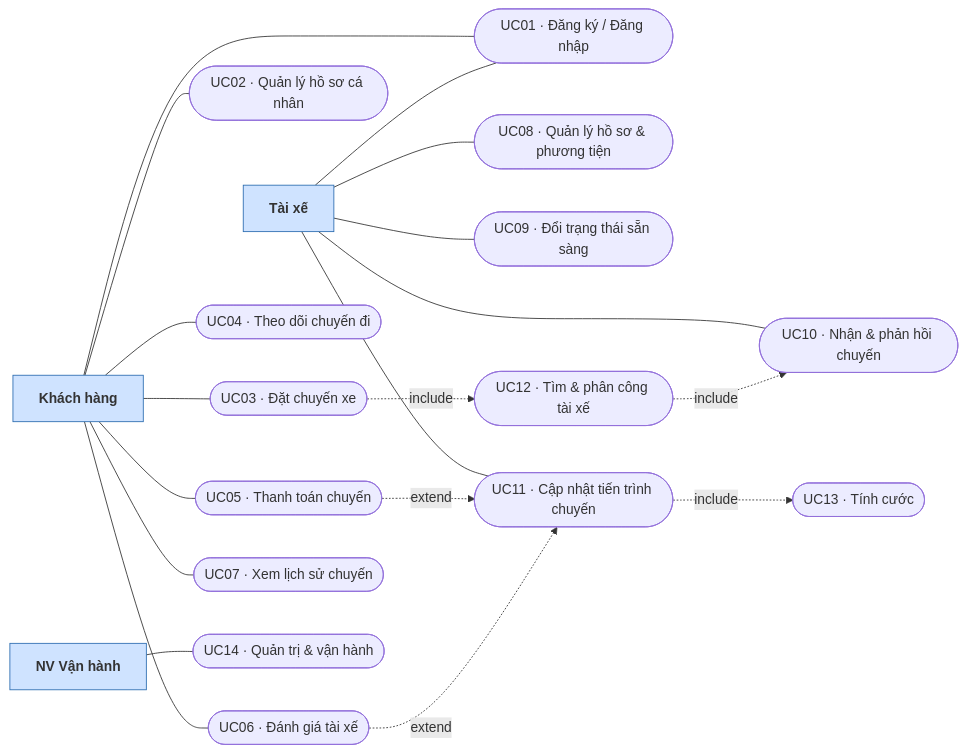
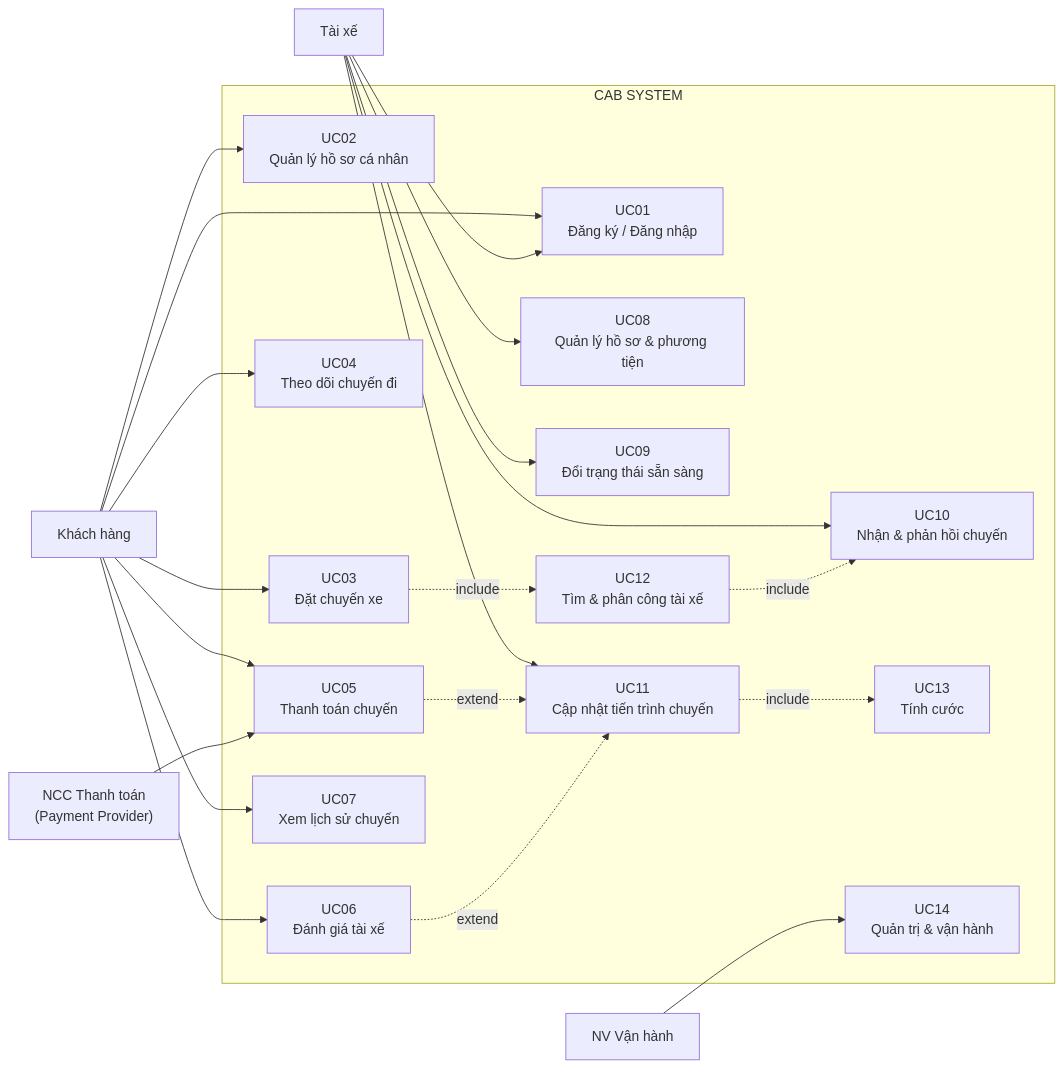
Before and after one commit to Ngoc-Giang/23639971_LamNgocGiang_CABSYSTEM: the third of 3 diagrams in srs.md, drawn with Mermaid. The commit also changed other lines of this file, not shown here.

Commit message:
Revise scope strategy and update use case diagram
Updated sections on scope strategy and unresolved items for customer confirmation. Modified use case diagram format and added new details.

````diff
--- a/srs.md
+++ b/srs.md
@@ -486,45 +499,47 @@
 ```mermaid
-graph LR
-    KH["Khách hàng"]:::actor
-    TX["Tài xế"]:::actor
-    NV["NV Vận hành"]:::actor
+flowchart LR
+    KH["Khách hàng"]
+    TX["Tài xế"]
+    NV["NV Vận hành"]
+    PP["NCC Thanh toán<br/>(Payment Provider)"]
 
-    UC01(["UC01 · Đăng ký / Đăng nhập"])
-    UC02(["UC02 · Quản lý hồ sơ cá nhân"])
-    UC03(["UC03 · Đặt chuyến xe"])
-    UC04(["UC04 · Theo dõi chuyến đi"])
-    UC05(["UC05 · Thanh toán chuyến"])
-    UC06(["UC06 · Đánh giá tài xế"])
-    UC07(["UC07 · Xem lịch sử chuyến"])
-    UC08(["UC08 · Quản lý hồ sơ & phương tiện"])
-    UC09(["UC09 · Đổi trạng thái sẵn sàng"])
-    UC10(["UC10 · Nhận & phản hồi chuyến"])
-    UC11(["UC11 · Cập nhật tiến trình chuyến"])
-    UC12(["UC12 · Tìm & phân công tài xế"])
-    UC13(["UC13 · Tính cước"])
-    UC14(["UC14 · Quản trị & vận hành"])
+    subgraph CAB["CAB SYSTEM"]
+        UC01["UC01<br/>Đăng ký / Đăng nhập"]
+        UC02["UC02<br/>Quản lý hồ sơ cá nhân"]
+        UC03["UC03<br/>Đặt chuyến xe"]
+        UC04["UC04<br/>Theo dõi chuyến đi"]
+        UC05["UC05<br/>Thanh toán chuyến"]
+        UC06["UC06<br/>Đánh giá tài xế"]
+        UC07["UC07<br/>Xem lịch sử chuyến"]
+        UC08["UC08<br/>Quản lý hồ sơ & phương tiện"]
+        UC09["UC09<br/>Đổi trạng thái sẵn sàng"]
+        UC10["UC10<br/>Nhận & phản hồi chuyến"]
+        UC11["UC11<br/>Cập nhật tiến trình chuyến"]
+        UC12["UC12<br/>Tìm & phân công tài xế"]
+        UC13["UC13<br/>Tính cước"]
+        UC14["UC14<br/>Quản trị & vận hành"]
+    end
 
-    KH --- UC01
-    KH --- UC02
-    KH --- UC03
-    KH --- UC04
-    KH --- UC05
-    KH --- UC06
-    KH --- UC07
+    KH --> UC01
+    KH --> UC02
+    KH --> UC03
+    KH --> UC04
+    KH --> UC05
+    KH --> UC06
+    KH --> UC07
 
-    TX --- UC01
-    TX --- UC08
-    TX --- UC09
-    TX --- UC10
-    TX --- UC11
+    TX --> UC01
+    TX --> UC08
+    TX --> UC09
+    TX --> UC10
+    TX --> UC11
 
-    NV --- UC14
+    NV --> UC14
+    PP --> UC05
 
     UC03 -.->|include| UC12
     UC12 -.->|include| UC10
     UC11 -.->|include| UC13
     UC05 -.->|extend| UC11
     UC06 -.->|extend| UC11
-
-    classDef actor fill:#cfe3ff,stroke:#2b6cb0,stroke-width:1px,font-weight:bold;
 ```
````
